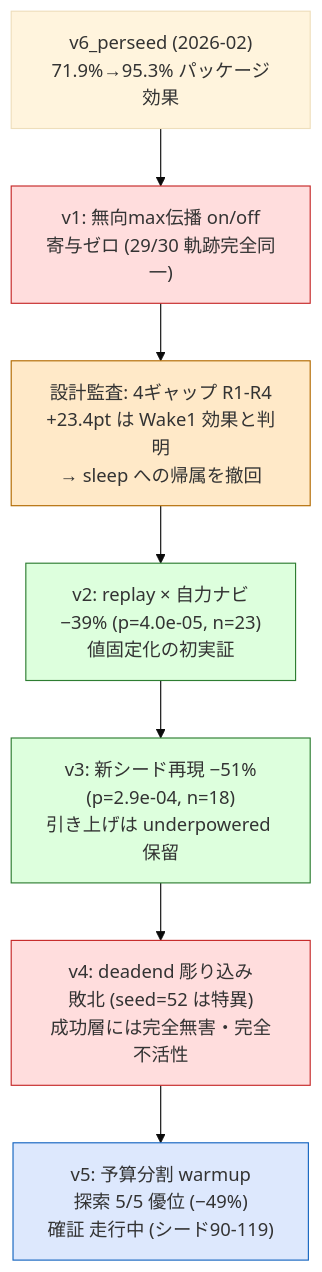
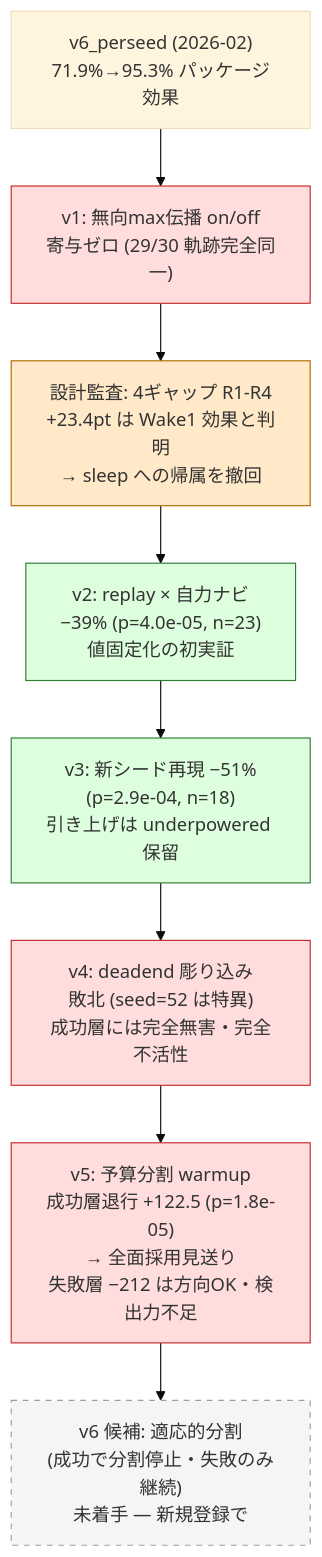
One commit to miyauchikazuyoshi/InsightSpike-AI changed the third of 3 diagrams in experiments/maze/graph_persistent_dg/README.md. Above: the diagram before and after it, drawn with Mermaid (base theme). The commit also changed other lines of this file and 3 other files, not shown here.

````diff
--- a/experiments/maze/graph_persistent_dg/README.md
+++ b/experiments/maze/graph_persistent_dg/README.md
@@ -37,16 +41,18 @@
 ```mermaid
 flowchart TB
     V6P["v6_perseed (2026-02)<br/>71.9%→95.3% パッケージ効果"] --> V1
     V1["v1: 無向max伝播 on/off<br/>寄与ゼロ (29/30 軌跡完全同一)"] --> AUD["設計監査: 4ギャップ R1-R4<br/>+23.4pt は Wake1 効果と判明<br/>→ sleep への帰属を撤回"]
     AUD --> V2["v2: replay × 自力ナビ<br/>−39% (p=4.0e-05, n=23)<br/>値固定化の初実証"]
     V2 --> V3["v3: 新シード再現 −51%<br/>(p=2.9e-04, n=18)<br/>引き上げは underpowered 保留"]
     V3 --> V4["v4: deadend 彫り込み<br/>敗北 (seed=52 は特異)<br/>成功層には完全無害・完全不活性"]
-    V4 --> V5["v5: 予算分割 warmup<br/>探索 5/5 優位 (−49%)<br/>確証 走行中 (シード90-119)"]
+    V4 --> V5["v5: 予算分割 warmup<br/>成功層退行 +122.5 (p=1.8e-05)<br/>→ 全面採用見送り<br/>失敗層 −212 は方向OK・検出力不足"]
+    V5 --> V6C["v6 候補: 適応的分割<br/>(成功で分割停止・失敗のみ継続)<br/>未着手 — 新規登録で"]
 
     style V1 fill:#fdd,stroke:#c62828
     style V4 fill:#fdd,stroke:#c62828
     style AUD fill:#ffe9c8,stroke:#b26a00
     style V2 fill:#dfd,stroke:#2e7d32
     style V3 fill:#dfd,stroke:#2e7d32
-    style V5 fill:#dde8fd,stroke:#1565c0
+    style V5 fill:#fdd,stroke:#c62828
+    style V6C fill:#f5f5f5,stroke:#9e9e9e,stroke-dasharray: 5 5
 ```
````
